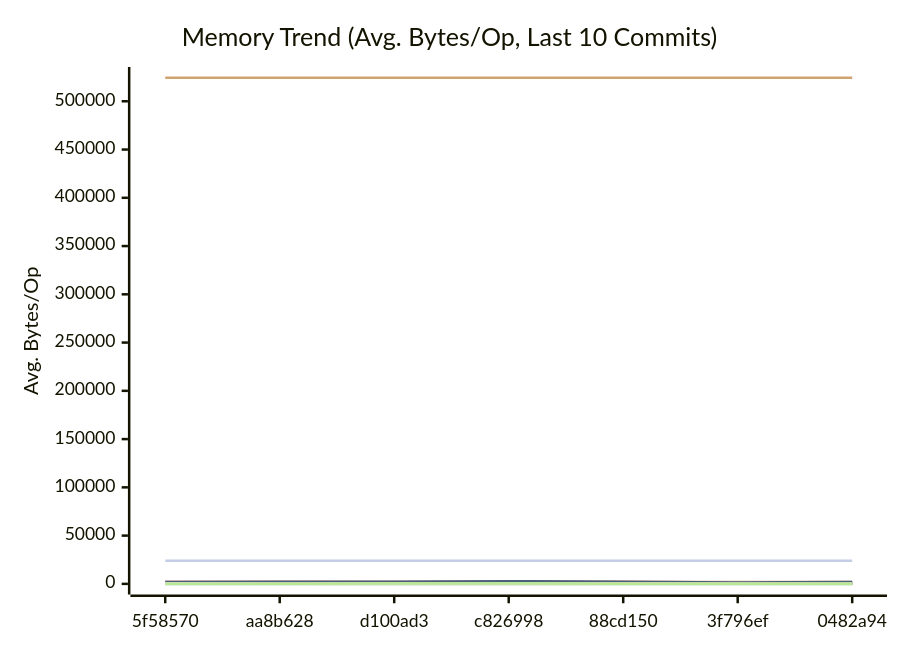
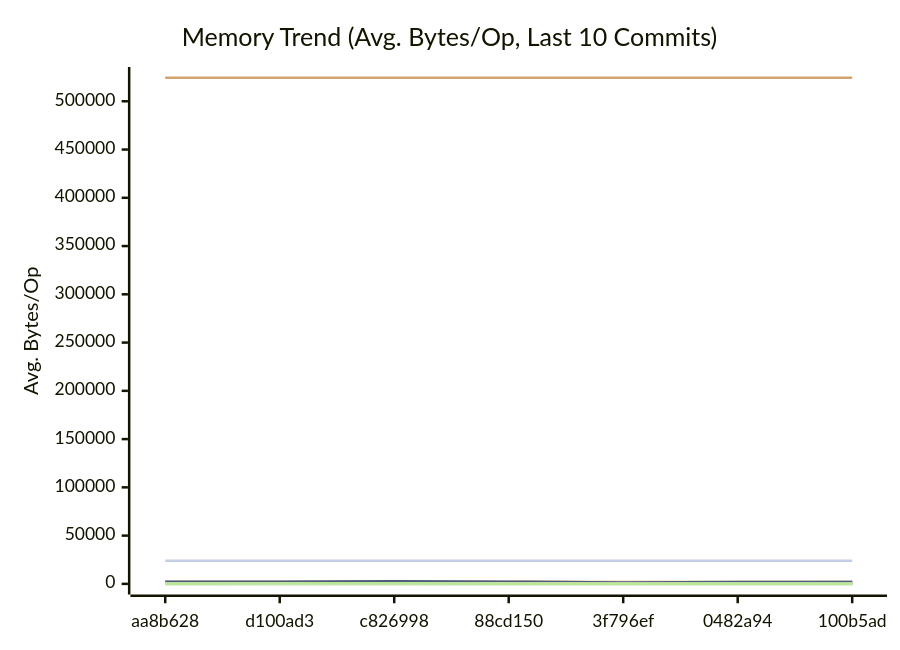
The second of 3 diagrams in docs/PERFORMANCE.md (alsotoes/momo), drawn with Mermaid before and after one commit. The commit also changed other lines of this file and 95 other files, not shown here.

````diff
--- a/docs/PERFORMANCE.md
+++ b/docs/PERFORMANCE.md
@@ -300,42 +300,42 @@
 ```mermaid
 xychart-beta
     title "Memory Trend (Avg. Bytes/Op, Last 10 Commits)"
     x-axis "Commit"
     y-axis "Avg. Bytes/Op"
-    x-axis [5f58570,aa8b628,d100ad3,c826998,88cd150,3f796ef,0482a94]
-    line "AWSChunkedReaderSigned" [142,131,130,147,131,74,125,105,96,107]
-    line "AWSChunkedReaderUnsigned" [145,130,120,153,135,74,112,108,97,108]
+    x-axis [aa8b628,d100ad3,c826998,88cd150,3f796ef,0482a94,100b5ad]
+    line "AWSChunkedReaderSigned" [131,130,147,131,74,125,105,96,107,130]
+    line "AWSChunkedReaderUnsigned" [130,120,153,135,74,112,108,97,108,145]
     line "CheckMetricsAndSwap" [0,0,0,0,0,0,0,0,0,0]
     line "CrushOptimized" [0,0,0,0,0,0,0,0,0,0]
     line "CrushOriginal" [164,164,164,164,164,164,164,164,164,164]
-    line "FormatListObjectsV2XML_AppendFormat" [524442,524457,524463,524446,524454,524505,524477,524470,524490,524474]
+    line "FormatListObjectsV2XML_AppendFormat" [524457,524463,524446,524454,524505,524477,524470,524490,524474,524448]
     line "FormatListObjectsV2XML_OldFormat" [24000,24000,24000,24000,24000,24000,24000,24000,24000,24000]
-    line "HashBytes/1MiB" [303,257,324,307,303,180,267,275,210,232]
-    line "HashBytes/256MiB" [330,286,242,249,275,156,201,247,231,248]
-    line "HashBytes/64MiB" [280,291,300,306,306,169,238,228,265,264]
-    line "HashFile/1MiB" [271,267,261,261,261,152,222,241,209,217]
-    line "HashFile/256MiB" [291,174,252,283,277,161,242,258,191,237]
-    line "HashFile/64MiB" [283,240,221,273,250,155,239,200,192,237]
+    line "HashBytes/1MiB" [257,324,307,303,180,267,275,210,232,295]
+    line "HashBytes/256MiB" [286,242,249,275,156,201,247,231,248,336]
+    line "HashBytes/64MiB" [291,300,306,306,169,238,228,265,264,298]
+    line "HashFile/1MiB" [267,261,261,261,152,222,241,209,217,265]
+    line "HashFile/256MiB" [174,252,283,277,161,242,258,191,237,254]
+    line "HashFile/64MiB" [240,221,273,250,155,239,200,192,237,307]
     line "IndexDirectTracking" [0,0,0,0,0,0,0,0,0,0]
     line "IndexSearch" [0,0,0,0,0,0,0,0,0,0]
     line "LoadGlobalConfig" [1976,1976,1976,1976,1976,1976,1976,1976,1976,1976]
-    line "LocalWrite/1MiB" [1959,1683,2004,2716,1034,1217,1691,1967,1729,1822]
-    line "LocalWrite/256MiB" [2177,2270,2223,2404,2222,1422,1646,1959,1986,2025]
-    line "LocalWrite/64MiB" [1880,2221,2158,2776,2232,1512,1973,2038,2017,2019]
+    line "LocalWrite/1MiB" [1683,2004,2716,1034,1217,1691,1967,1729,1822,2210]
+    line "LocalWrite/256MiB" [2270,2223,2404,2222,1422,1646,1959,1986,2025,2273]
+    line "LocalWrite/64MiB" [2221,2158,2776,2232,1512,1973,2038,2017,2019,2009]
     line "PadString" [64,64,64,64,64,64,64,64,64,64]
     line "ParseReplicationOrder_NoPrealloc" [408,408,408,408,408,248,248,248,248,248]
     line "ParseReplicationOrder_Prealloc" [240,240,240,240,240,80,80,80,80,80]
     line "Placement" [352,352,352,352,352,352,352,352,352,352]
     line "PlacementDomainSpread" [352,352,352,352,352,352,352,352,352,352]
-    line "ReadVerify/1MiB" [252,237,270,284,342,157,178,241,216,218]
-    line "ReadVerify/256MiB" [287,256,268,303,291,160,208,176,222,249]
-    line "ReadVerify/64MiB" [322,241,295,322,283,141,182,186,222,318]
-    line "S3PutSpool/1MiB" [281,227,254,264,205,129,181,259,187,211]
-    line "S3PutSpool/256MiB" [245,213,271,241,260,133,173,246,154,231]
-    line "S3PutSpool/64MiB" [269,234,286,234,263,133,178,228,171,236]
+    line "ReadVerify/1MiB" [237,270,284,342,157,178,241,216,218,270]
+    line "ReadVerify/256MiB" [256,268,303,291,160,208,176,222,249,254]
+    line "ReadVerify/64MiB" [241,295,322,283,141,182,186,222,318,274]
+    line "S3PutSpool/1MiB" [227,254,264,205,129,181,259,187,211,176]
+    line "S3PutSpool/256MiB" [213,271,241,260,133,173,246,154,231,193]
+    line "S3PutSpool/64MiB" [234,286,234,263,133,178,228,171,236,182]
     line "SanitizeLog/Safe" [0,0,0,0,0,0,0,0,0,0]
     line "SanitizeLog/Unsafe" [704,704,704,704,704,704,704,704,704,704]
-    line "TrustedRead/1MiB" [289,226,325,241,291,135,243,157,183,238]
-    line "TrustedRead/256MiB" [315,219,242,305,231,134,212,170,199,249]
-    line "TrustedRead/64MiB" [244,238,322,299,233,144,186,164,192,222]
+    line "TrustedRead/1MiB" [226,325,241,291,135,243,157,183,238,219]
+    line "TrustedRead/256MiB" [219,242,305,231,134,212,170,199,249,188]
+    line "TrustedRead/64MiB" [238,322,299,233,144,186,164,192,222,185]
 ```
````
